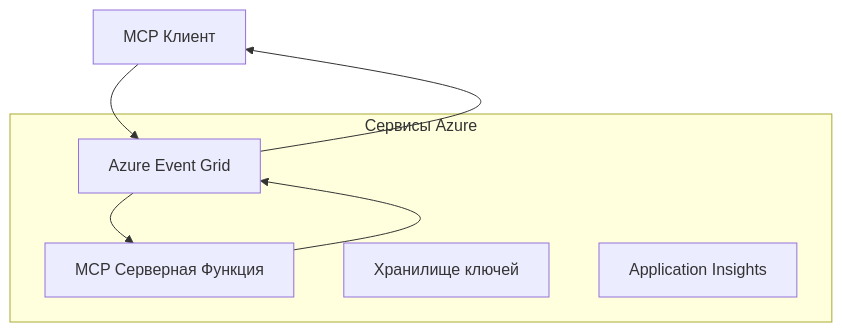
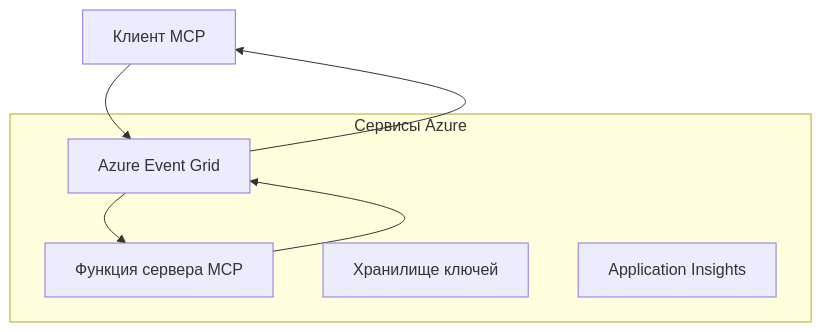
Before and after one commit to HIDORAKAI002/ai-workspace-archive: the first of 2 diagrams in mcp_ecosystem__model_context_protocol/mcp_learning_resources/mcp-for-beginners/translations/ru/05-AdvancedTopics/mcp-transport/README.md, drawn with Mermaid. The commit also changed other lines of this file and 1046 other files, not shown here.

````diff
--- a/mcp_ecosystem__model_context_protocol/mcp_learning_resources/mcp-for-beginners/translations/ru/05-AdvancedTopics/mcp-transport/README.md
+++ b/mcp_ecosystem__model_context_protocol/mcp_learning_resources/mcp-for-beginners/translations/ru/05-AdvancedTopics/mcp-transport/README.md
@@ -58,14 +60,14 @@
 ```mermaid
 graph TB
-    Client[MCP Клиент] --> EG[Azure Event Grid]
-    EG --> Server[MCP Серверная Функция]
+    Client[Клиент MCP] --> EG[Azure Event Grid]
+    EG --> Server[Функция сервера MCP]
     Server --> EG
     EG --> Client
     
     subgraph "Сервисы Azure"
         EG
         Server
         KV[Хранилище ключей]
         Monitor[Application Insights]
     end
 ```
````
